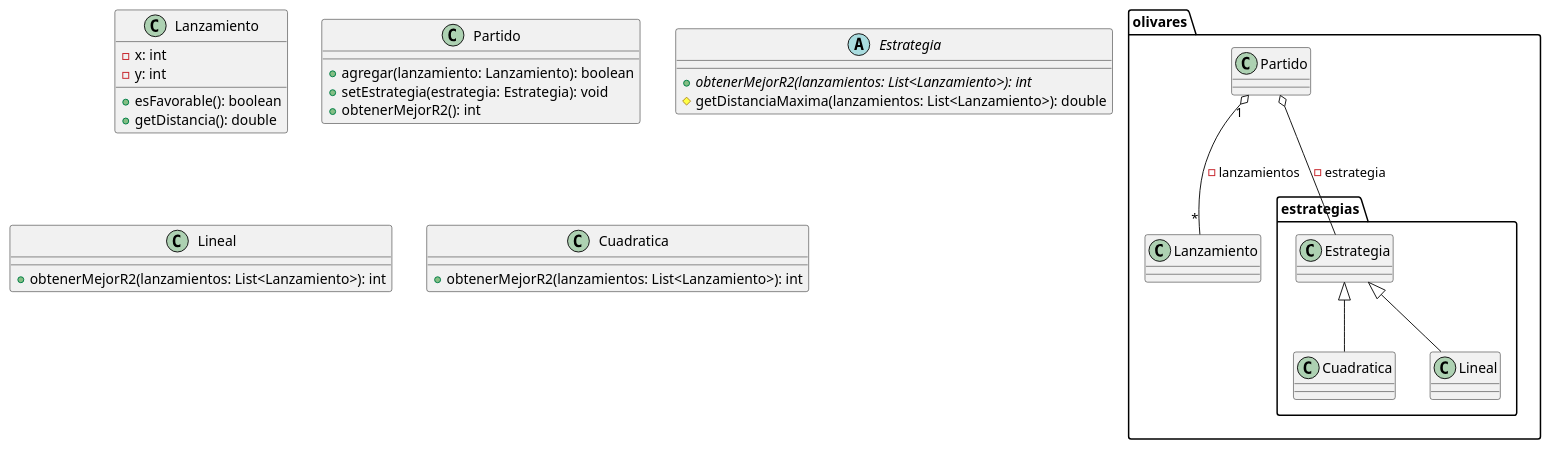
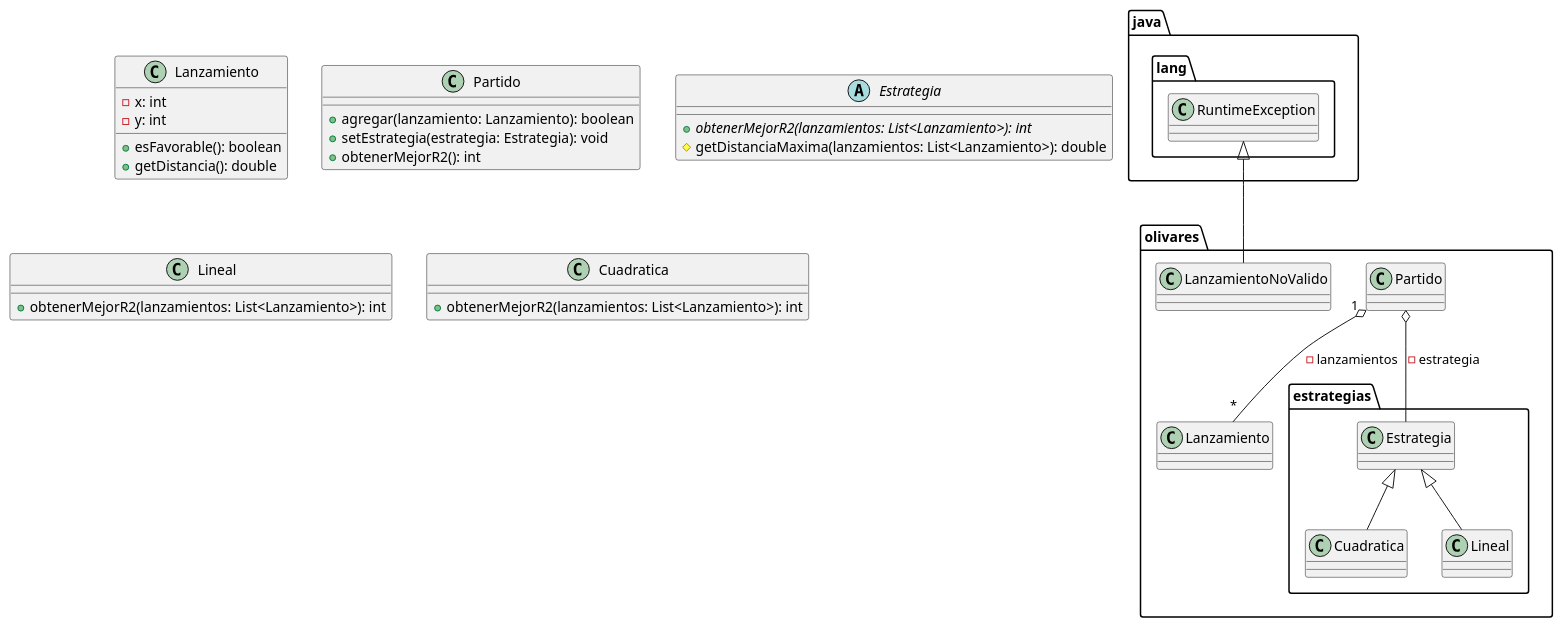
Before and after one commit to programacion-avanzada/workspace: the diagram in oia/lanzamiento-de-aceitunas/diagrama.plantuml, drawn with PlantUML. The commit also changed 4 other files, not shown here.

```diff
--- a/oia/lanzamiento-de-aceitunas/diagrama.plantuml
+++ b/oia/lanzamiento-de-aceitunas/diagrama.plantuml
@@ -1,32 +1,38 @@
 @startuml
+
+package "java.lang" {
+	class RuntimeException
+}
+
 package "olivares" {
 	Partido "1" o-- "*" Lanzamiento: -lanzamientos
 	package "estrategias" {
 		Estrategia <|-- Cuadratica
 		Estrategia <|-- Lineal
 	}
 	Partido o-- Estrategia: -estrategia
+	RuntimeException <|-- LanzamientoNoValido
 }
 
 class Lanzamiento {
 	-x: int
 	-y: int
 	+esFavorable(): boolean
 	+getDistancia(): double
 }
 class Partido {
 	+agregar(lanzamiento: Lanzamiento): boolean
 	+setEstrategia(estrategia: Estrategia): void
 	+obtenerMejorR2(): int
 }
 abstract class Estrategia {
 	{abstract} +obtenerMejorR2(lanzamientos: List<Lanzamiento>): int
 	#getDistanciaMaxima(lanzamientos: List<Lanzamiento>): double
 }
 class Lineal {
 	+obtenerMejorR2(lanzamientos: List<Lanzamiento>): int
 }
 class Cuadratica {
 	+obtenerMejorR2(lanzamientos: List<Lanzamiento>): int
 }
 @enduml
```
